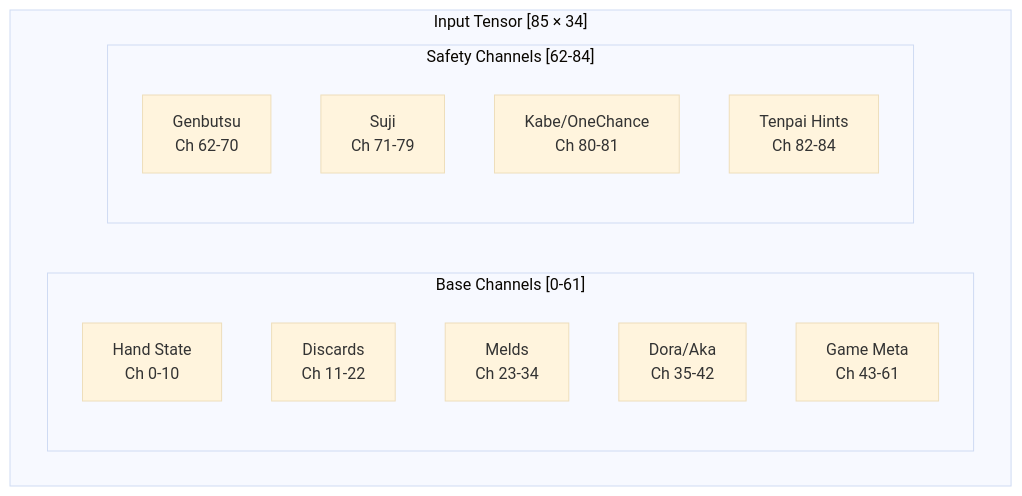
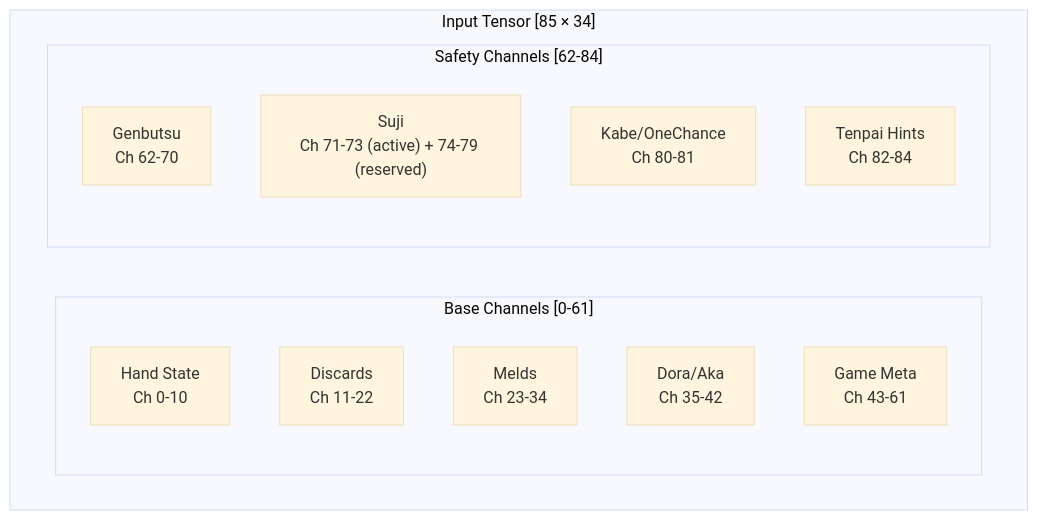
One commit to NikkeTryHard/hydra changed the fourth of 6 diagrams in research/HYDRA_SPEC.md. Above: the diagram before and after it, drawn with Mermaid (base theme). The commit also changed other lines of this file, not shown here.

Commit message:
docs: fix suji channel spec -- clarify Ch 71-73 active, 74-79 reserved
Update diagram and channel description to reflect that only 3 of 9
suji channels are currently filled. Channels 74-79 reserved for
half-suji, no-chance-suji, matagi-suji.

````diff
--- a/research/HYDRA_SPEC.md
+++ b/research/HYDRA_SPEC.md
@@ -345,19 +345,19 @@
 ```mermaid
 graph TB
     subgraph "Input Tensor [85 × 34]"
         subgraph "Base Channels [0-61]"
             HAND["Hand State<br/>Ch 0-10"]
             DISC["Discards<br/>Ch 11-22"]
             MELD["Melds<br/>Ch 23-34"]
             DORA["Dora/Aka<br/>Ch 35-42"]
             META["Game Meta<br/>Ch 43-61"]
         end
 
         subgraph "Safety Channels [62-84]"
             GEN["Genbutsu<br/>Ch 62-70"]
-            SUJI["Suji<br/>Ch 71-79"]
+            SUJI["Suji<br/>Ch 71-73 (active) + 74-79 (reserved)"]
             KABE["Kabe/OneChance<br/>Ch 80-81"]
             HINT["Tenpai Hints<br/>Ch 82-84"]
         end
     end
 ```
````
